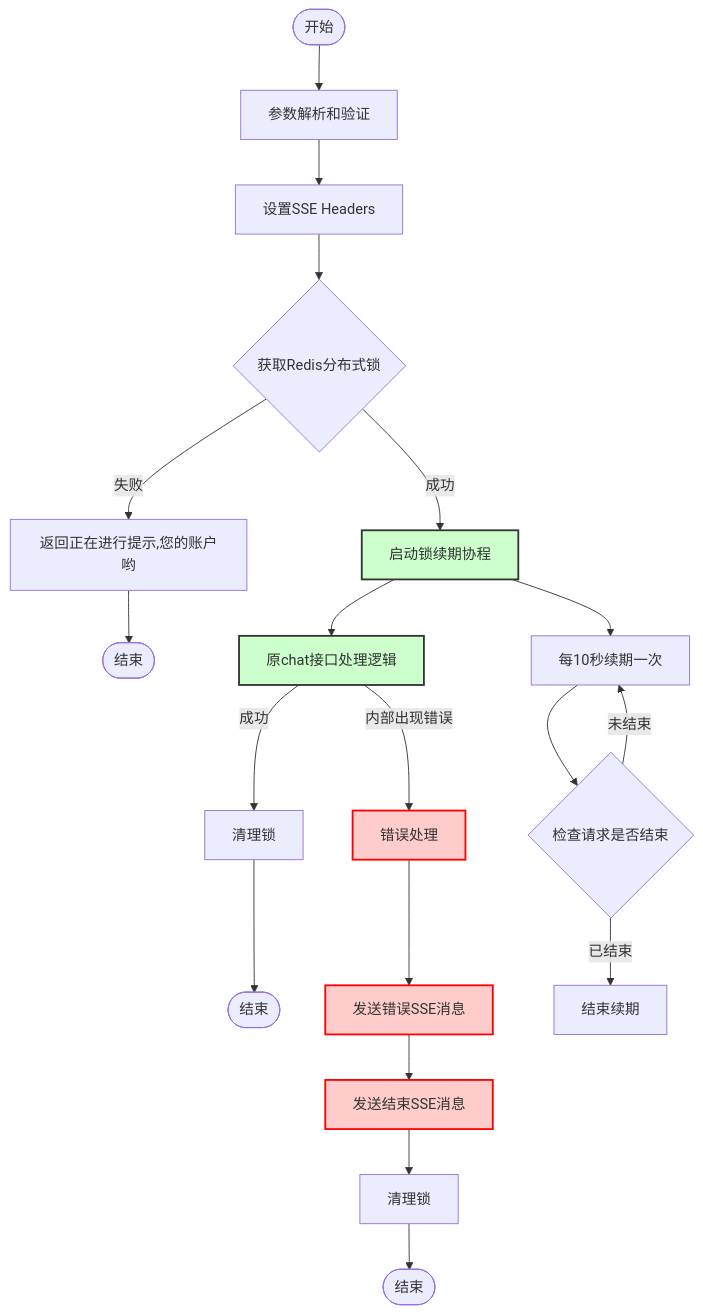
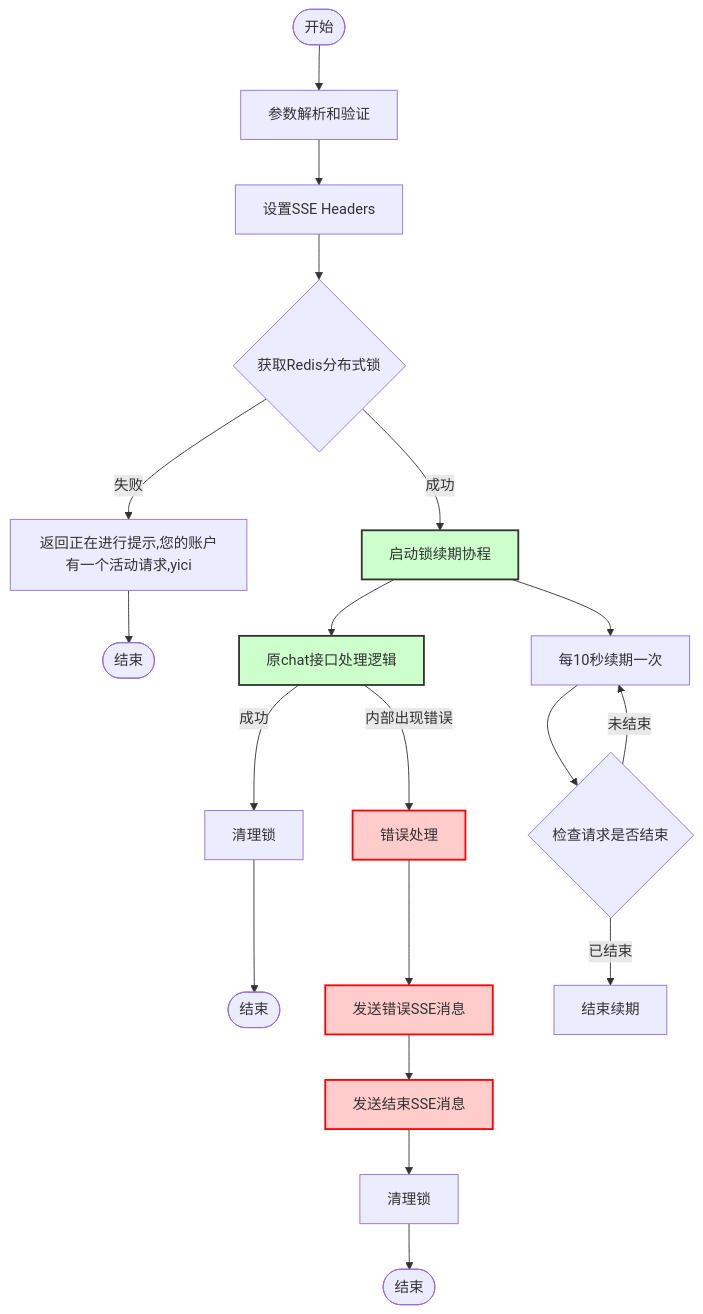
One commit to yingjianzh/iodraw-files changed the diagram in all/未命名-15.md. Above: the diagram before and after it, drawn with Mermaid.

Commit message:
2025-01-02 17:47:37 update

````diff
--- a/all/未命名-15.md
+++ b/all/未命名-15.md
@@ -1,34 +1,34 @@
 ```mermaid
 flowchart TD
     Start([开始]) --> A[参数解析和验证]
     A --> B[设置SSE Headers]
     B --> C{获取Redis分布式锁}
     
-    C -->|失败| D[返回正在进行提示,您的账户哟]
+    C -->|失败| D[返回正在进行提示,您的账户有一个活动请求,yici ]
     D --> End1([结束])
     
     C -->|成功| E[启动锁续期协程]
     E --> F[原chat接口处理逻辑]
     
     F -->|内部出现错误| G[错误处理]
      %% 正常结束流程
     F -->|成功| N[清理锁]
     N --> End3([结束])
     
     %% 错误处理流程
     G --> K[发送错误SSE消息]
     K --> L[发送结束SSE消息]
     L --> M[清理锁]
     M --> End2([结束])
     
     %% 锁续期协程
     E --> O[每10秒续期一次]
     O --> P{检查请求是否结束}
     P -->|未结束| O
     P -->|已结束| Q[结束续期]
     
     classDef error fill:#ffcccc,stroke:#ff0000,stroke-width:2px
     classDef normal fill:#ccffcc,stroke:#333,stroke-width:2px
     class G,K,L error
     class E,F,I,J normal
 ```
````
